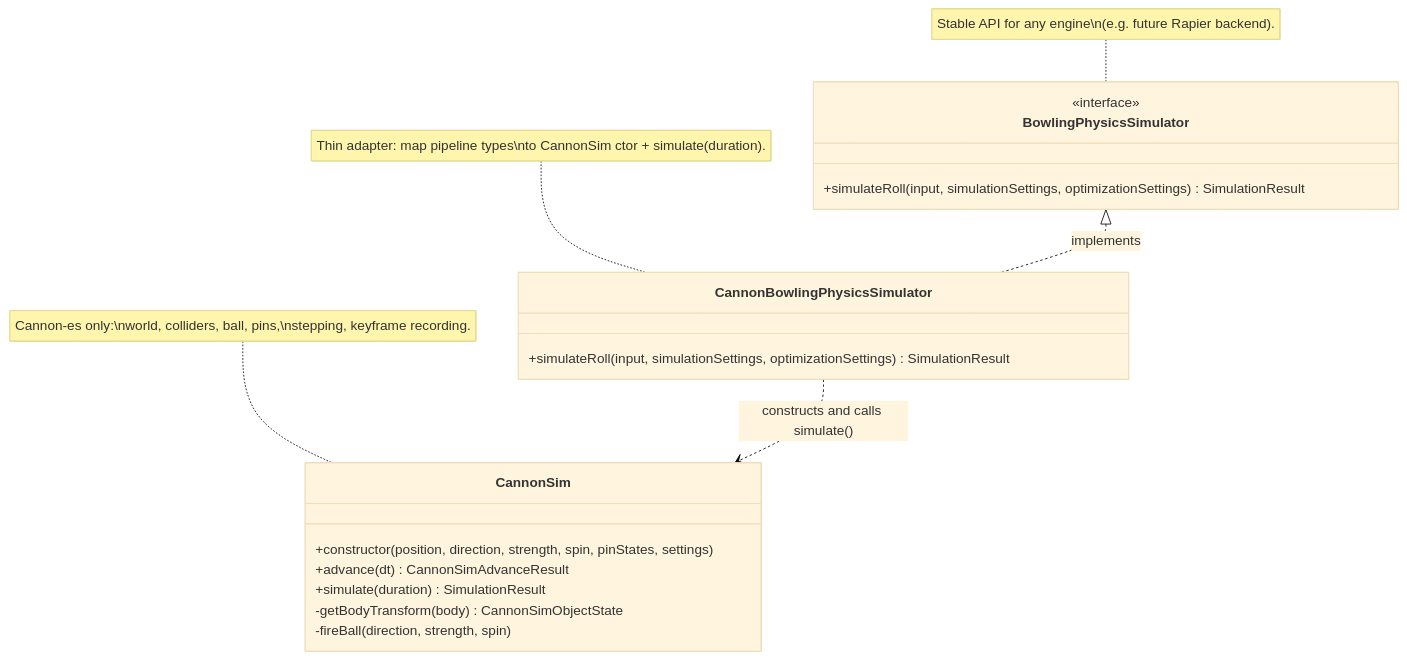
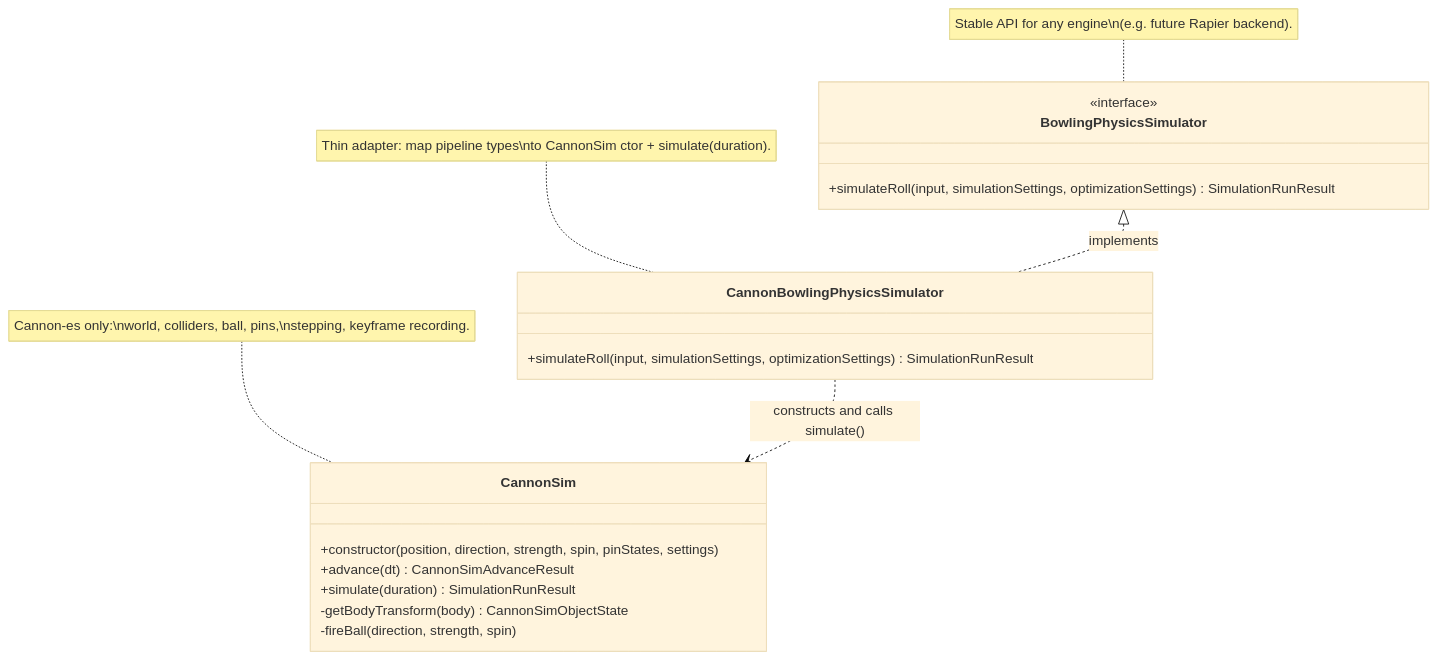
One commit to stom66/dcl-bowling-visualiser changed the second of 3 diagrams in src/bowling/physics/README.md. Above: the diagram before and after it, drawn with Mermaid (base theme). The commit also changed other lines of this file and 9 other files, not shown here.

````diff
--- a/src/bowling/physics/README.md
+++ b/src/bowling/physics/README.md
@@ -81,27 +149,27 @@
 ```mermaid
 classDiagram
  direction TB
 
  class BowlingPhysicsSimulator {
   <<interface>>
-  +simulateRoll(input, simulationSettings, optimizationSettings) SimulationResult
+  +simulateRoll(input, simulationSettings, optimizationSettings) SimulationRunResult
  }
 
  class CannonBowlingPhysicsSimulator {
-  +simulateRoll(input, simulationSettings, optimizationSettings) SimulationResult
+  +simulateRoll(input, simulationSettings, optimizationSettings) SimulationRunResult
  }
 
  class CannonSim {
   +constructor(position, direction, strength, spin, pinStates, settings)
   +advance(dt) CannonSimAdvanceResult
-  +simulate(duration) SimulationResult
+  +simulate(duration) SimulationRunResult
   -getBodyTransform(body) CannonSimObjectState
   -fireBall(direction, strength, spin)
  }
 
  BowlingPhysicsSimulator <|.. CannonBowlingPhysicsSimulator : implements
  CannonBowlingPhysicsSimulator ..> CannonSim : constructs and calls simulate()
  note for BowlingPhysicsSimulator "Stable API for any engine\n(e.g. future Rapier backend)."
  note for CannonBowlingPhysicsSimulator "Thin adapter: map pipeline types\nto CannonSim ctor + simulate(duration)."
  note for CannonSim "Cannon-es only:\nworld, colliders, ball, pins,\nstepping, keyframe recording."
 ```
````
